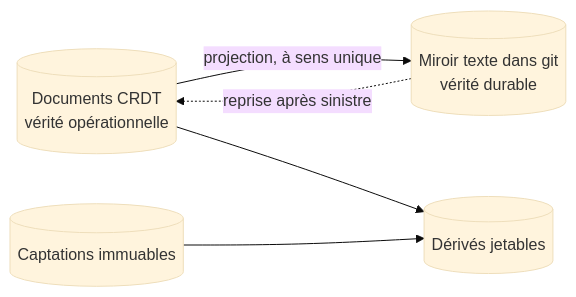
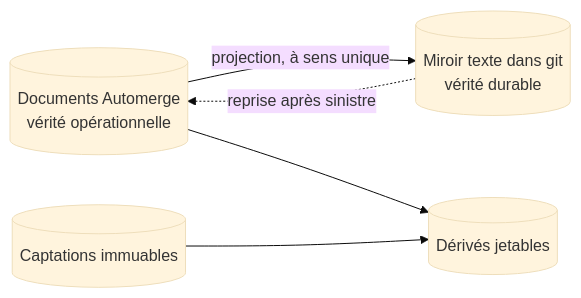
Before and after one commit to EdouardZemb/pupitre: the diagram in docs/adr/adr-003-crdt-et-miroir-durable.md, drawn with Mermaid (base theme). The commit also changed other lines of this file and 24 other files, not shown here.

````diff
--- a/docs/adr/adr-003-crdt-et-miroir-durable.md
+++ b/docs/adr/adr-003-crdt-et-miroir-durable.md
@@ -52,9 +73,9 @@
 ```mermaid
 flowchart LR
-  D[("Documents CRDT<br/>vérité opérationnelle")] -->|"projection, à sens unique"| M[("Miroir texte dans git<br/>vérité durable")]
+  D[("Documents Automerge<br/>vérité opérationnelle")] -->|"projection, à sens unique"| M[("Miroir texte dans git<br/>vérité durable")]
   M -.->|"reprise après sinistre"| D
   C[("Captations immuables")]
   X[("Dérivés jetables")]
   D --> X
   C --> X
 ```
````
